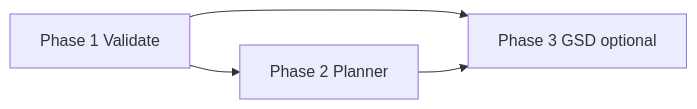
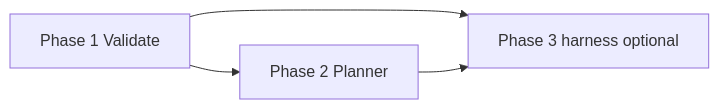
The diagram in docs/AGENT-APP-CAPABILITIES-ROADMAP.md (Th3rdai/CodeCompanion), drawn with Mermaid before and after one commit. The commit also changed other lines of this file and 167 other files, not shown here.

````diff
--- a/docs/AGENT-APP-CAPABILITIES-ROADMAP.md
+++ b/docs/AGENT-APP-CAPABILITIES-ROADMAP.md
@@ -117,9 +117,9 @@
 ```mermaid
 flowchart LR
   P1[Phase 1 Validate]
   P2[Phase 2 Planner]
-  P3[Phase 3 GSD optional]
+  P3[Phase 3 harness optional]
   P1 --> P2
   P1 --> P3
   P2 --> P3
 ```
````
